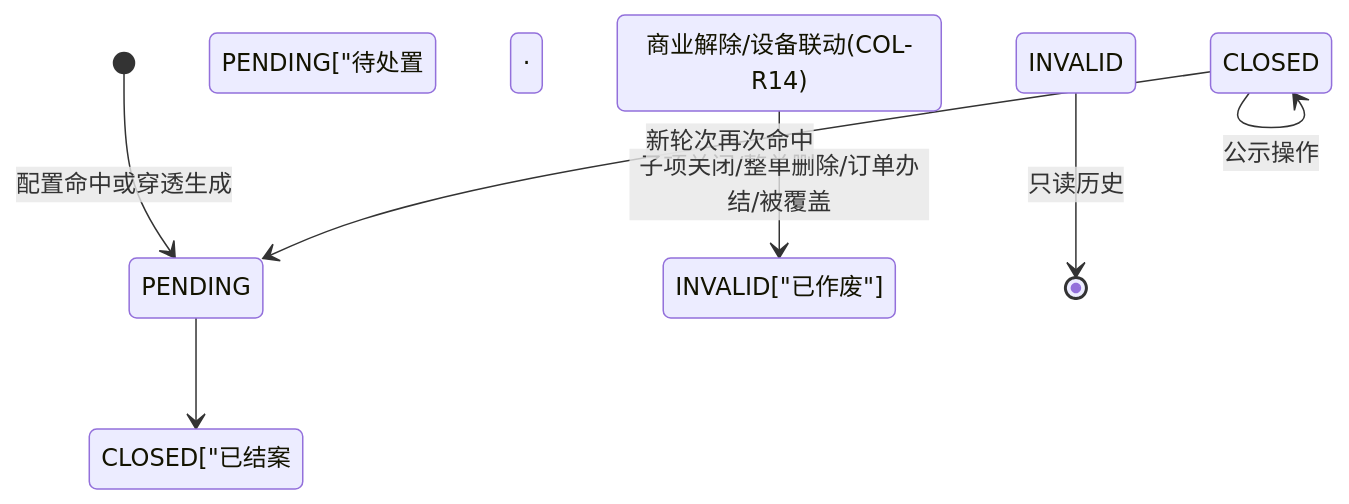
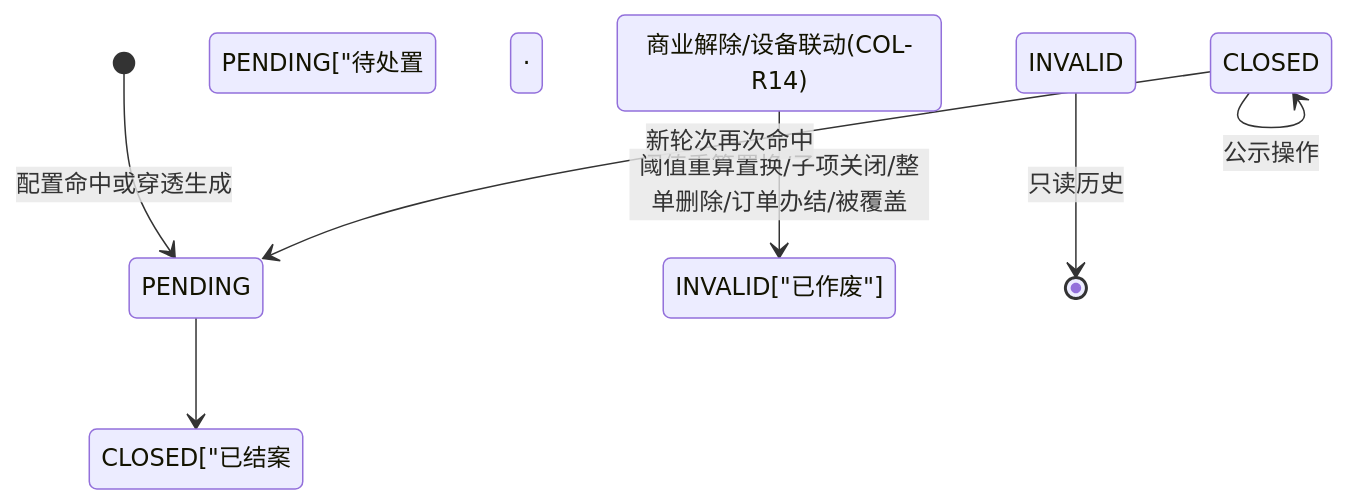
The second of 2 diagrams in 02-PRD文档/B-迭代需求/6.2版本（2026.08）/02-预警信息/02押品预警信息/押品预警信息主PRD.md (RobertHuang999/SYZC), drawn with Mermaid before and after one commit. The commit also changed other lines of this file and 14 other files, not shown here.

````diff
--- a/02-PRD文档/B-迭代需求/6.2版本（2026.08）/02-预警信息/02押品预警信息/押品预警信息主PRD.md
+++ b/02-PRD文档/B-迭代需求/6.2版本（2026.08）/02-预警信息/02押品预警信息/押品预警信息主PRD.md
@@ -273,9 +274,9 @@
 ```mermaid
 stateDiagram-v2
     [*] --> PENDING: 配置命中或穿透生成
-    PENDING["待处置 · 有效"] --> INVALID["已作废"]: 子项关闭/整单删除/订单办结/被覆盖
+    PENDING["待处置 · 有效"] --> INVALID["已作废"]: 阈值重算置换/子项关闭/整单删除/订单办结/被覆盖
     PENDING --> CLOSED["已结案 · 有效"]: 商业解除/设备联动(COL-R14)
     CLOSED --> PENDING: 新轮次再次命中
     INVALID --> [*]: 只读历史
     CLOSED --> CLOSED: 公示操作
 ```
````
